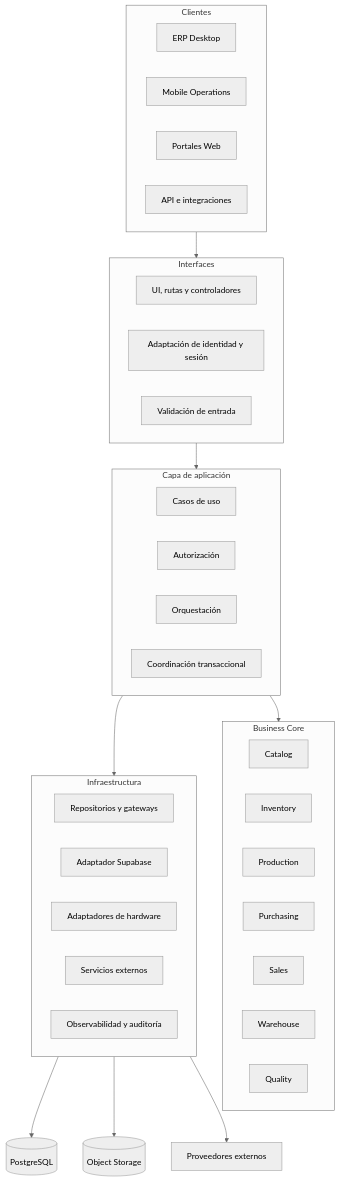
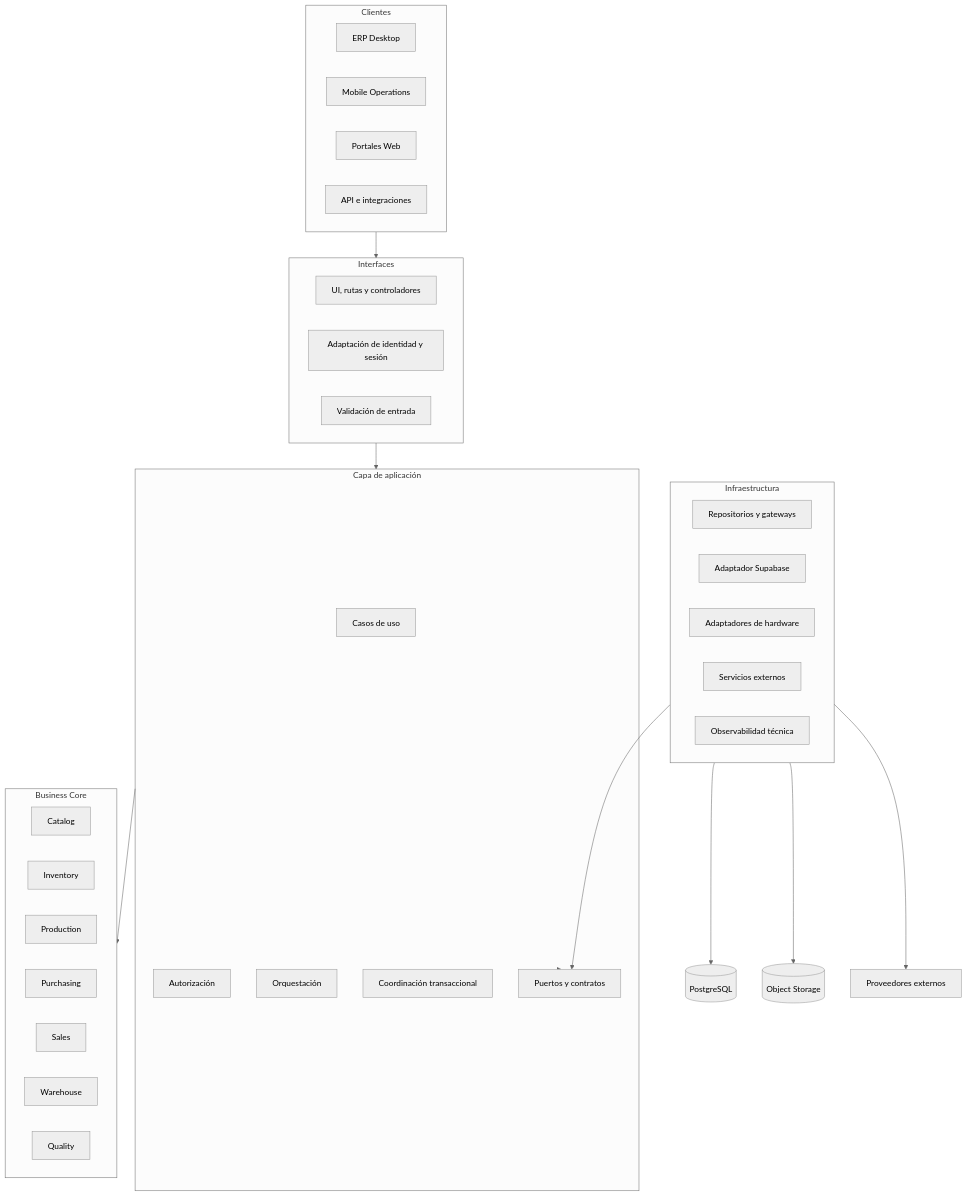
One commit to crumafood-create/CRUMA-Platform changed the second of 4 diagrams in docs/architecture/system-overview.md. Above: the diagram before and after it, drawn with Mermaid (neutral theme). The commit also changed other lines of this file, not shown here.

Commit message:
docs: align and approve system overview

````diff
--- a/docs/architecture/system-overview.md
+++ b/docs/architecture/system-overview.md
@@ -179,52 +180,55 @@
 ```mermaid
 flowchart TB
     subgraph Clients[Clientes]
         Desktop[ERP Desktop]
         Mobile[Mobile Operations]
         Web[Portales Web]
         Integrations[API e integraciones]
     end
 
     subgraph Interface[Interfaces]
         UI[UI, rutas y controladores]
         Identity[Adaptación de identidad y sesión]
         Input[Validación de entrada]
     end
 
     subgraph Application[Capa de aplicación]
         UseCases[Casos de uso]
         Authorization[Autorización]
         Orchestration[Orquestación]
         Transactions[Coordinación transaccional]
+        Ports[Puertos y contratos]
     end
 
     subgraph Domain[Business Core]
         Catalog[Catalog]
         Inventory[Inventory]
         Production[Production]
         Purchasing[Purchasing]
         Sales[Sales]
         Warehouse[Warehouse]
         Quality[Quality]
     end
 
     subgraph Infrastructure[Infraestructura]
         Repositories[Repositorios y gateways]
         SupabaseAdapter[Adaptador Supabase]
         Hardware[Adaptadores de hardware]
         ExternalServices[Servicios externos]
-        Observability[Observabilidad y auditoría]
+        Observability[Observabilidad técnica]
     end
 
     Database[(PostgreSQL)]
     Storage[(Object Storage)]
     Providers[Proveedores externos]
 
     Clients --> Interface
     Interface --> Application
     Application --> Domain
-    Application --> Infrastructure
+    Application --> Ports
+
+    Infrastructure --> Ports
     Infrastructure --> Database
     Infrastructure --> Storage
     Infrastructure --> Providers
 ```
````
